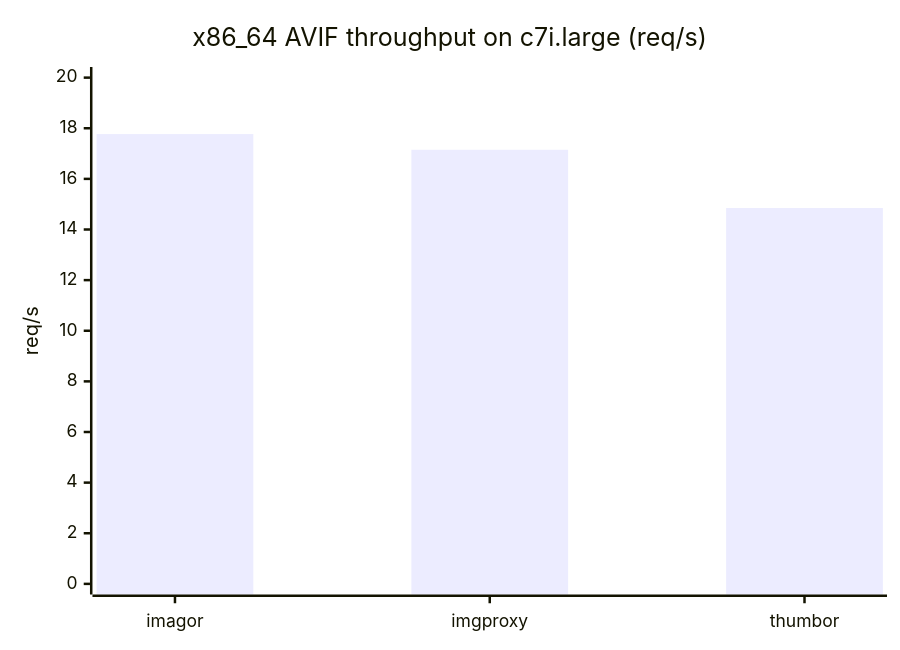
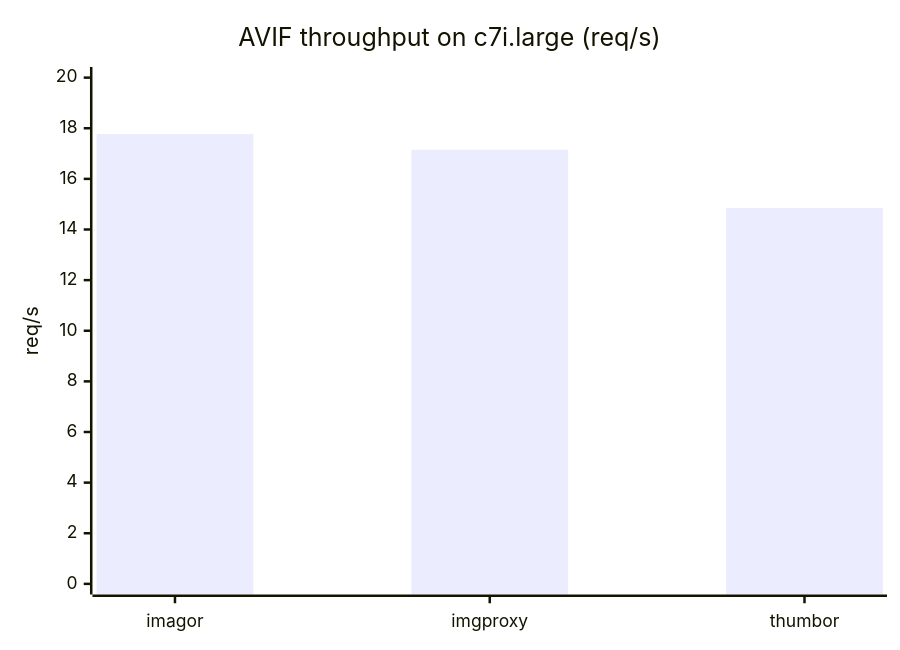
The fifth of 5 diagrams in docs/docs/benchmarks.mdx (l3dlp-sandbox/imagor), drawn with Mermaid before and after one commit. The commit also changed other lines of this file, not shown here.

````diff
--- a/docs/docs/benchmarks.mdx
+++ b/docs/docs/benchmarks.mdx
@@ -84,7 +82,7 @@
 ```mermaid
 xychart-beta
-  title "x86_64 AVIF throughput on c7i.large (req/s)"
+  title "AVIF throughput on c7i.large (req/s)"
   x-axis [imagor, imgproxy, thumbor]
   y-axis "req/s" 0 --> 20
   bar "AVIF" [17.77, 17.15, 14.85]
 ```
````
